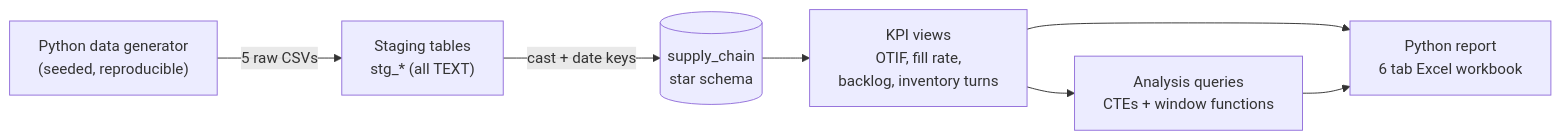
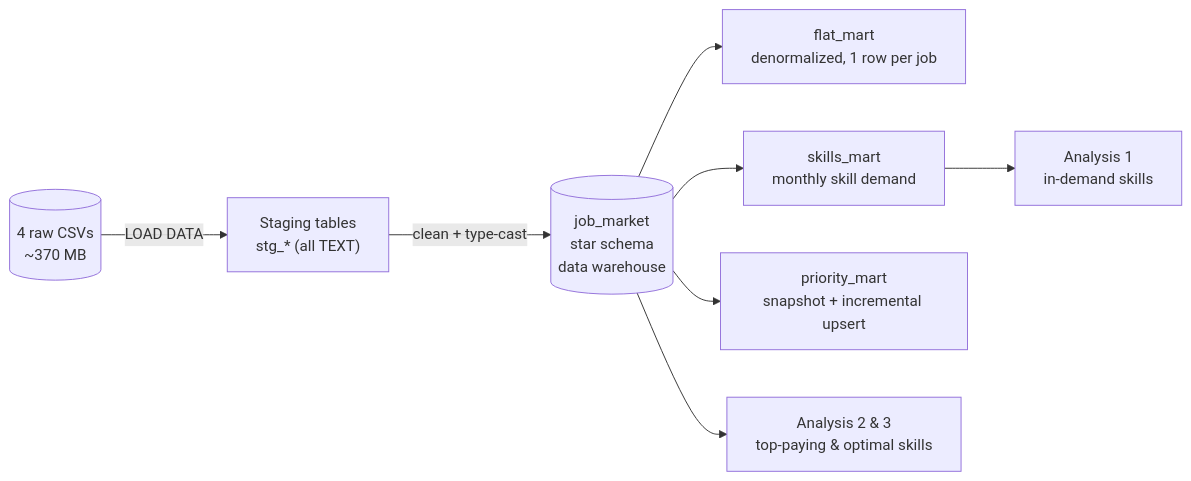
Before and after one commit to Patel-Swayam7/supply-chain-kpi-warehouse: the first of 2 diagrams in README.md, drawn with Mermaid. The commit also changed other lines of this file and 1 other file, not shown here.

Commit message:
Replace build_all.sql with build_all.sh for newer MySQL clients

````diff
--- a/README.md
+++ b/README.md
@@ -24,9 +23,10 @@
 ```mermaid
 flowchart LR
-    A["Python data generator<br/>(seeded, reproducible)"] -->|5 raw CSVs| B["Staging tables<br/>stg_* (all TEXT)"]
-    B -->|cast + date keys| C[("supply_chain<br/>star schema")]
-    C --> D["KPI views<br/>OTIF, fill rate,<br/>backlog, inventory turns"]
-    D --> E["Analysis queries<br/>CTEs + window functions"]
-    D --> F["Python report<br/>6 tab Excel workbook"]
-    E --> F
+    A[("4 raw CSVs<br/>~370 MB")] -->|LOAD DATA| B["Staging tables<br/>stg_* (all TEXT)"]
+    B -->|clean + type-cast| C[("job_market<br/>star schema<br/>data warehouse")]
+    C --> D["flat_mart<br/>denormalized, 1 row per job"]
+    C --> E["skills_mart<br/>monthly skill demand"]
+    C --> F["priority_mart<br/>snapshot + incremental upsert"]
+    E --> G["Analysis 1<br/>in-demand skills"]
+    C --> H["Analysis 2 & 3<br/>top-paying & optimal skills"]
 ```
````
